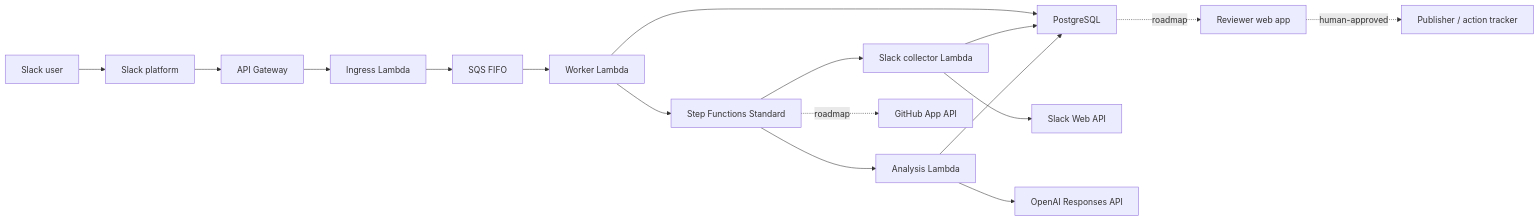
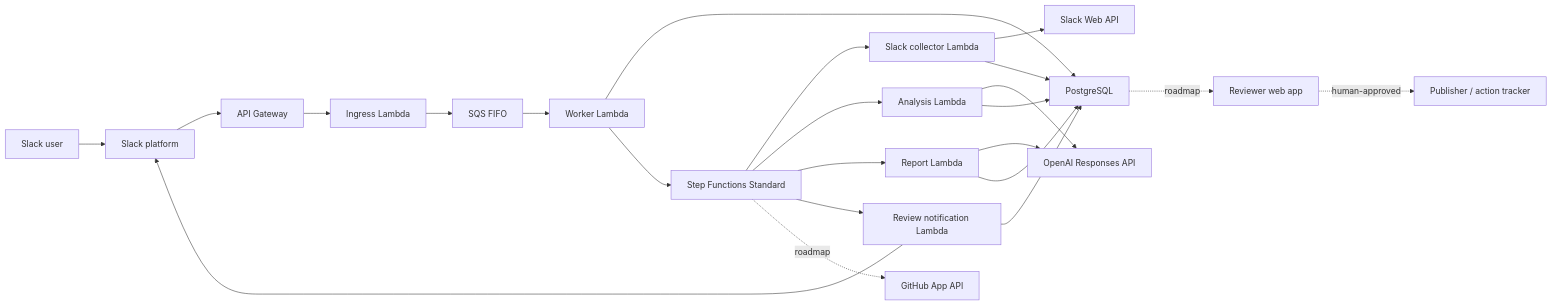
The first of 4 diagrams in docs/architecture.md (SharmaKunal14/slack-incidence-evidence), drawn with Mermaid before and after one commit. The commit also changed other lines of this file and 41 other files, not shown here.

````diff
--- a/docs/architecture.md
+++ b/docs/architecture.md
@@ -146,20 +164,26 @@
 ```mermaid
 flowchart LR
     U["Slack user"] --> SL["Slack platform"]
     SL --> GW["API Gateway"]
     GW --> API["Ingress Lambda"]
     API --> Q["SQS FIFO"]
     Q --> W["Worker Lambda"]
     W --> PG["PostgreSQL"]
     W --> SFN["Step Functions Standard"]
 
     SFN --> EC["Slack collector Lambda"]
     EC --> SA["Slack Web API"]
     EC --> PG
     SFN --> AX["Analysis Lambda"]
     AX --> AI["OpenAI Responses API"]
     AX --> PG
+    SFN --> RG["Report Lambda"]
+    RG --> AI
+    RG --> PG
+    SFN --> RN["Review notification Lambda"]
+    RN --> SL
+    RN --> PG
     SFN -. "roadmap" .-> GH["GitHub App API"]
     PG -. "roadmap" .-> UI["Reviewer web app"]
     UI -. "human-approved" .-> PUB["Publisher / action tracker"]
 ```
````
